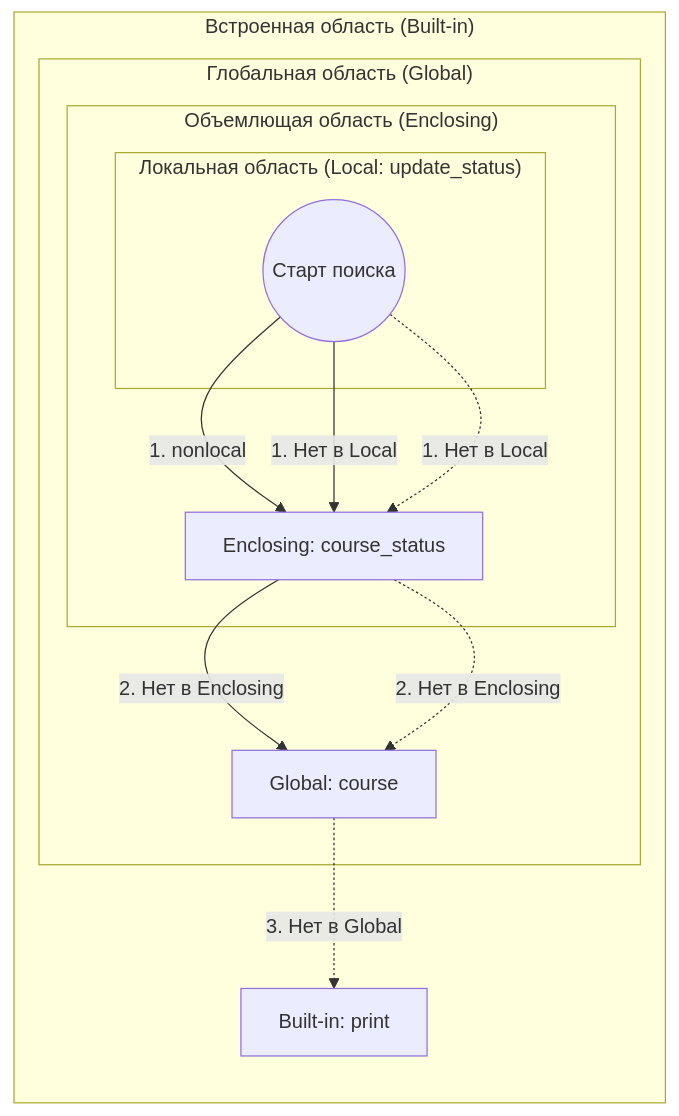
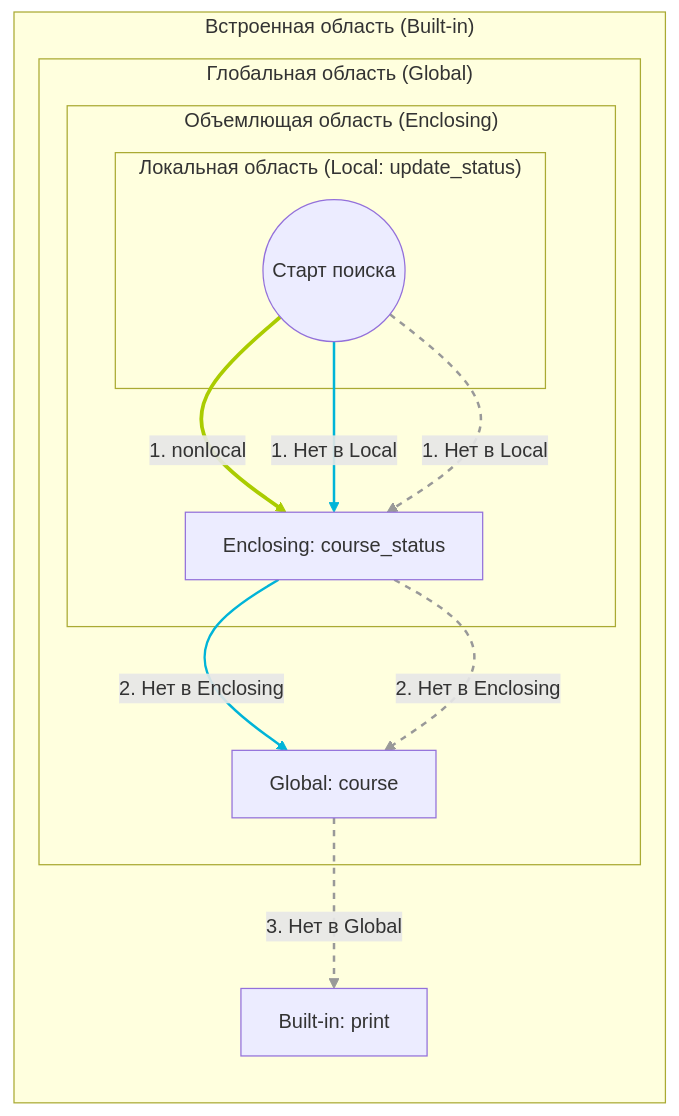
One commit to lizrd3352/labs_fop changed the diagram in solutions/lab_3/README.md. Above: the diagram before and after it, drawn with Mermaid.

````diff
--- a/solutions/lab_3/README.md
+++ b/solutions/lab_3/README.md
@@ -280,29 +280,33 @@
 ```mermaid
 graph LR
     %% Определение слоев областей видимости (Матрешка)
     subgraph Built_in ["Встроенная область (Built-in)"]
         PRINT[Built-in: print]
         
         subgraph Global ["Глобальная область (Global)"]
             COURSE[Global: course]
             
             subgraph Enclosing ["Объемлющая область (Enclosing)"]
                 STATUS[Enclosing: course_status]
                 
                 subgraph Local ["Локальная область (Local: update_status)"]
                     START((Старт поиска))
                 end
             end
         end
     end
 
     %% Пути поиска имен (Стрелки)
     START -- "1. nonlocal" --> STATUS
     
     START -- "1. Нет в Local" --> STATUS
     STATUS -- "2. Нет в Enclosing" --> COURSE
     
     START -. "1. Нет в Local" .-> STATUS
     STATUS -. "2. Нет в Enclosing" .-> COURSE
     COURSE -. "3. Нет в Global" .-> PRINT
+    %% Стилизация стрелок
+    linkStyle 0 stroke:#aacc00,stroke-width:3px;
+    linkStyle 1,2 stroke:#00b4d8,stroke-width:2px;
+    linkStyle 3,4,5 stroke:#999999,stroke-width:2px,stroke-dasharray: 5 5;
 ```
````
